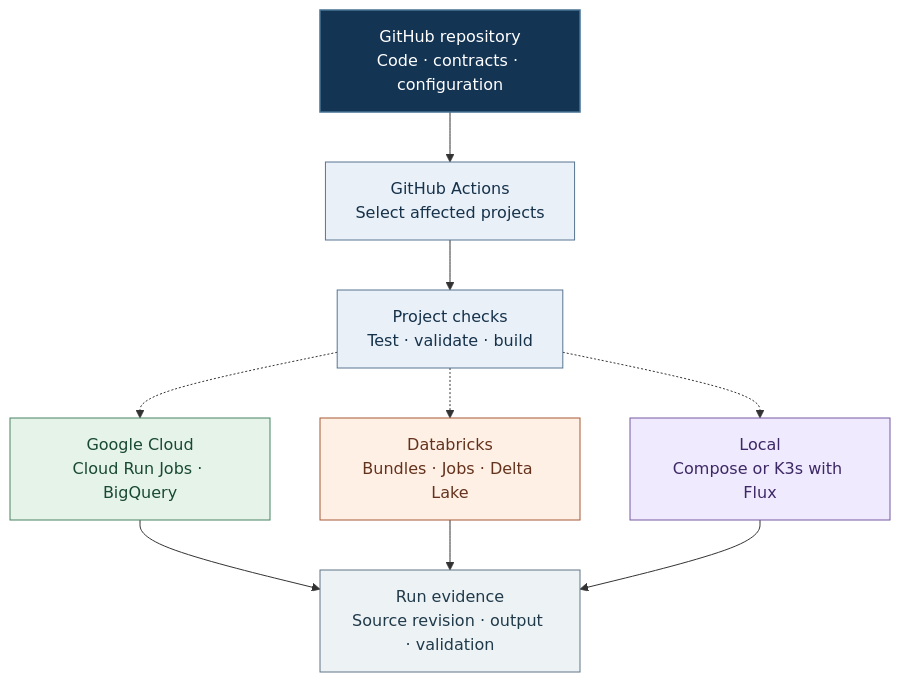
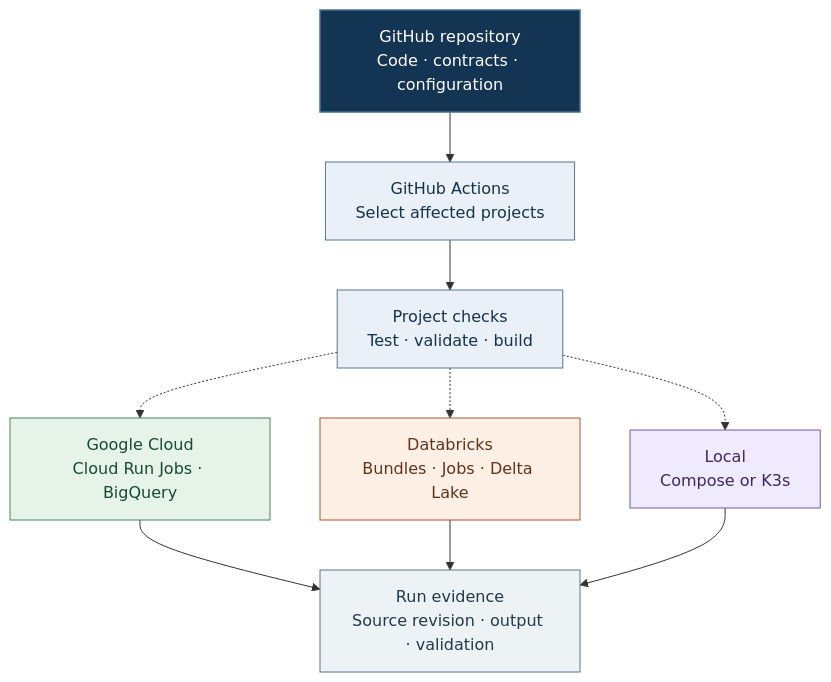
One commit to Jiahong-Que-9527/SoloLakehouse changed the diagram in README.md. Above: the diagram before and after it, drawn with Mermaid. The commit also changed other lines of this file and 9 other files, not shown here.

````diff
--- a/README.md
+++ b/README.md
@@ -27,32 +82,32 @@
 ```mermaid
 flowchart TB
     accTitle: SoloLakehouse target project delivery
     accDescr: GitHub holds project definitions. Planned Actions checks select affected projects. Each project can release independently to Google Cloud, Databricks, or local infrastructure.
 
     repo["GitHub repository<br/>Code · contracts · configuration"]
     scope["GitHub Actions<br/>Select affected projects"]
     verify["Project checks<br/>Test · validate · build"]
     cloud["Google Cloud<br/>Cloud Run Jobs · BigQuery"]
     managed["Databricks<br/>Bundles · Jobs · Delta Lake"]
-    home["Local<br/>Compose or K3s with Flux"]
+    home["Local<br/>Compose or K3s"]
     evidence["Run evidence<br/>Source revision · output · validation"]
 
     repo --> scope --> verify
     verify -.-> cloud & managed & home
     cloud --> evidence
     managed --> evidence
     home --> evidence
 
     classDef source fill:#143454,stroke:#467293,color:#fff,stroke-width:1.5px
     classDef automation fill:#e9f0f7,stroke:#587491,color:#16324b
     classDef gcp fill:#e6f3e9,stroke:#498362,color:#184932
     classDef databricks fill:#fff0e6,stroke:#a75935,color:#64321c
     classDef local fill:#efeafd,stroke:#7659a3,color:#3d2866
     classDef result fill:#edf2f5,stroke:#617586,color:#203a4a
     class repo source
     class scope,verify automation
     class cloud gcp
     class managed databricks
     class home local
     class evidence result
 ```
````
